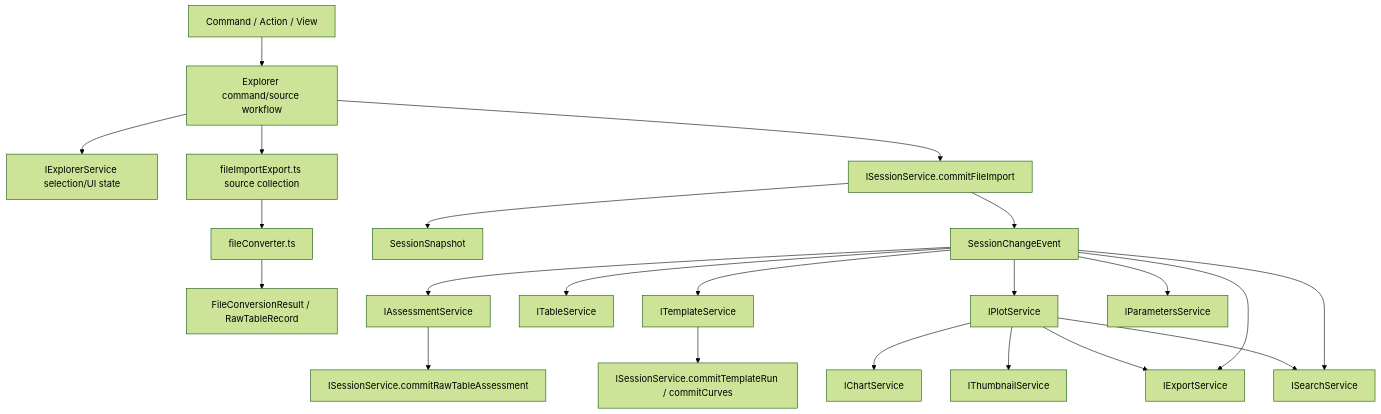
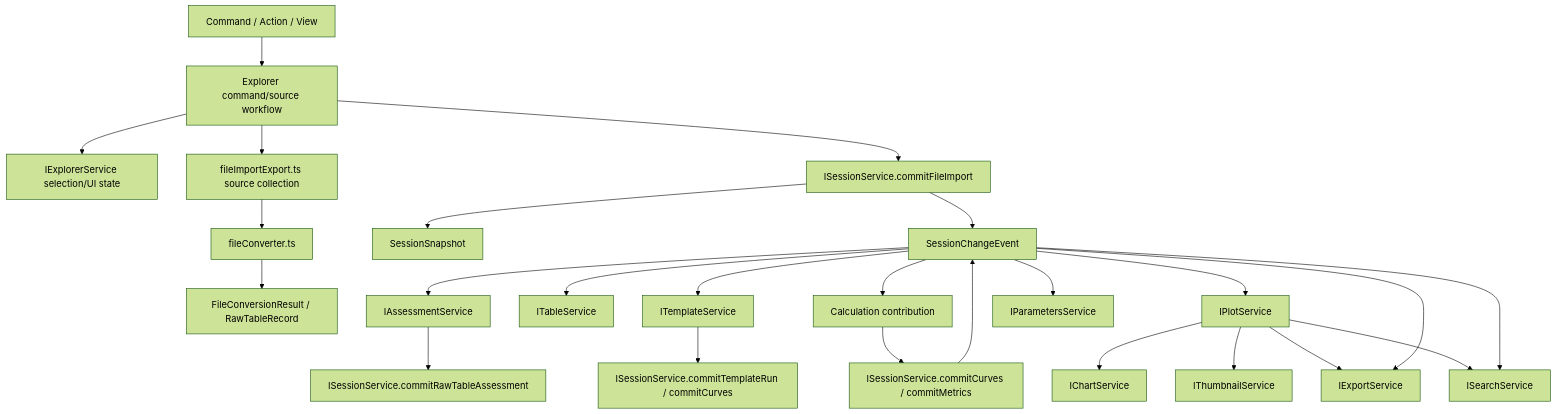
The second of 8 diagrams in .github/instructions/architecture.instructions.md (chogng/conductor), drawn with Mermaid (forest theme) before and after one commit. The commit also changed other lines of this file and 26 other files, not shown here.

````diff
--- a/.github/instructions/architecture.instructions.md
+++ b/.github/instructions/architecture.instructions.md
@@ -495,29 +496,32 @@
 ```mermaid
 flowchart TD
     User[Command / Action / View] --> FilesWorkflow[Explorer command/source workflow]
     FilesWorkflow --> Explorer[IExplorerService selection/UI state]
     FilesWorkflow --> Import[fileImportExport.ts source collection]
     Import --> Converter[fileConverter.ts]
     Converter --> Raw[FileConversionResult / RawTableRecord]
     FilesWorkflow --> Session[ISessionService.commitFileImport]
 
     Session --> Snapshot[SessionSnapshot]
     Session --> Events[SessionChangeEvent]
 
     Events --> Assessment[IAssessmentService]
     Assessment --> SessionAssess[ISessionService.commitRawTableAssessment]
 
     Events --> Table[ITableService]
     Events --> Template[ITemplateService]
     Template --> SessionTemplate[ISessionService.commitTemplateRun / commitCurves]
 
+    Events --> Calculation[Calculation contribution]
+    Calculation --> SessionCalculation[ISessionService.commitCurves / commitMetrics]
+    SessionCalculation --> Events
     Events --> Plot[IPlotService]
     Plot --> Chart[IChartService]
     Plot --> Thumbnail[IThumbnailService]
     Plot --> Export[IExportService]
     Plot --> Search[ISearchService]
 
     Events --> Parameters[IParametersService]
     Events --> Export
     Events --> Search
 ```
````
